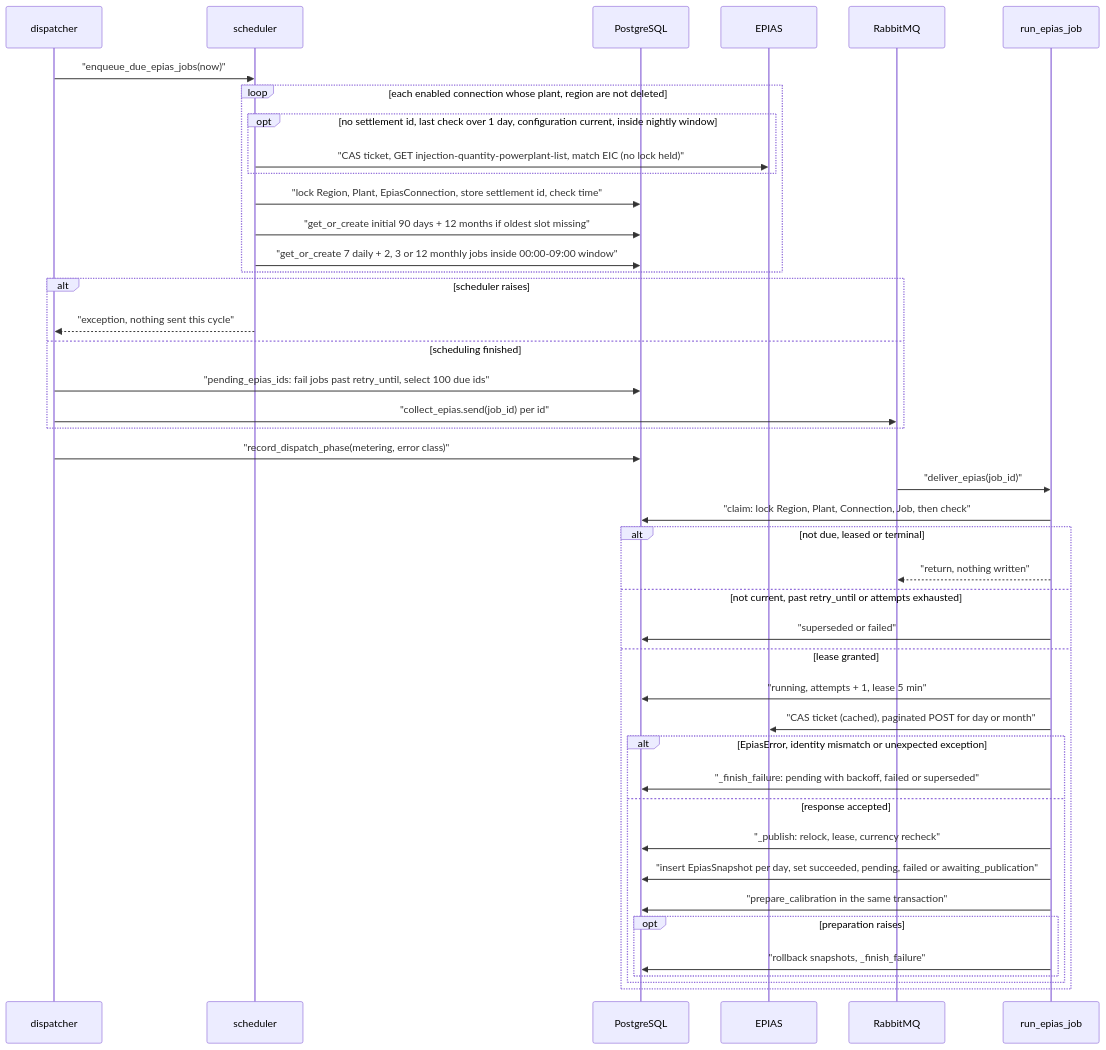
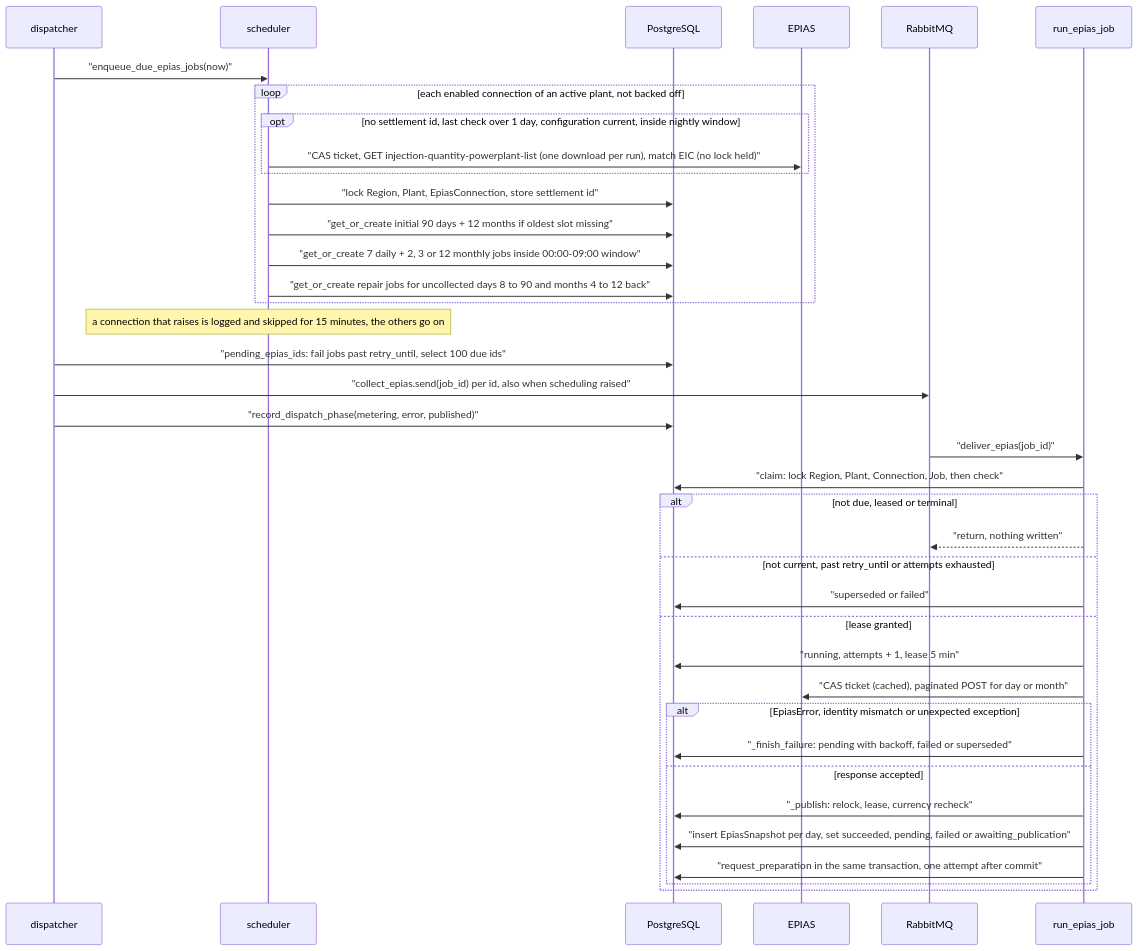
One commit to erkurtharun/pyracast changed the diagram in docs/flows/epias-collection.md. Above: the diagram before and after it, drawn with Mermaid. The commit also changed other lines of this file and 85 other files, not shown here.

First line of the commit message:
Bring the flow pages in line with the code (#107)

````diff
--- a/docs/flows/epias-collection.md
+++ b/docs/flows/epias-collection.md
@@ -14,45 +14,40 @@
 ```mermaid
 sequenceDiagram
     participant D as dispatcher
     participant S as scheduler
     participant DB as PostgreSQL
     participant E as EPIAS
     participant Q as RabbitMQ
     participant W as run_epias_job
     D->>S: "enqueue_due_epias_jobs(now)"
-    loop each enabled connection whose plant, region are not deleted
+    loop each enabled connection of an active plant, not backed off
         opt no settlement id, last check over 1 day, configuration current, inside nightly window
-            S->>E: "CAS ticket, GET injection-quantity-powerplant-list, match EIC (no lock held)"
+            S->>E: "CAS ticket, GET injection-quantity-powerplant-list (one download per run), match EIC (no lock held)"
         end
-        S->>DB: "lock Region, Plant, EpiasConnection, store settlement id, check time"
+        S->>DB: "lock Region, Plant, EpiasConnection, store settlement id"
         S->>DB: "get_or_create initial 90 days + 12 months if oldest slot missing"
         S->>DB: "get_or_create 7 daily + 2, 3 or 12 monthly jobs inside 00:00-09:00 window"
+        S->>DB: "get_or_create repair jobs for uncollected days 8 to 90 and months 4 to 12 back"
     end
-    alt scheduler raises
-        S-->>D: "exception, nothing sent this cycle"
-    else scheduling finished
-        D->>DB: "pending_epias_ids: fail jobs past retry_until, select 100 due ids"
-        D->>Q: "collect_epias.send(job_id) per id"
-    end
-    D->>DB: "record_dispatch_phase(metering, error class)"
+    Note over S: a connection that raises is logged and skipped for 15 minutes, the others go on
+    D->>DB: "pending_epias_ids: fail jobs past retry_until, select 100 due ids"
+    D->>Q: "collect_epias.send(job_id) per id, also when scheduling raised"
+    D->>DB: "record_dispatch_phase(metering, error, published)"
     Q->>W: "deliver_epias(job_id)"
     W->>DB: "claim: lock Region, Plant, Connection, Job, then check"
     alt not due, leased or terminal
         W-->>Q: "return, nothing written"
     else not current, past retry_until or attempts exhausted
         W->>DB: "superseded or failed"
     else lease granted
         W->>DB: "running, attempts + 1, lease 5 min"
         W->>E: "CAS ticket (cached), paginated POST for day or month"
         alt EpiasError, identity mismatch or unexpected exception
             W->>DB: "_finish_failure: pending with backoff, failed or superseded"
         else response accepted
             W->>DB: "_publish: relock, lease, currency recheck"
             W->>DB: "insert EpiasSnapshot per day, set succeeded, pending, failed or awaiting_publication"
-            W->>DB: "prepare_calibration in the same transaction"
-            opt preparation raises
-                W->>DB: "rollback snapshots, _finish_failure"
-            end
+            W->>DB: "request_preparation in the same transaction, one attempt after commit"
         end
     end
 ```
````
